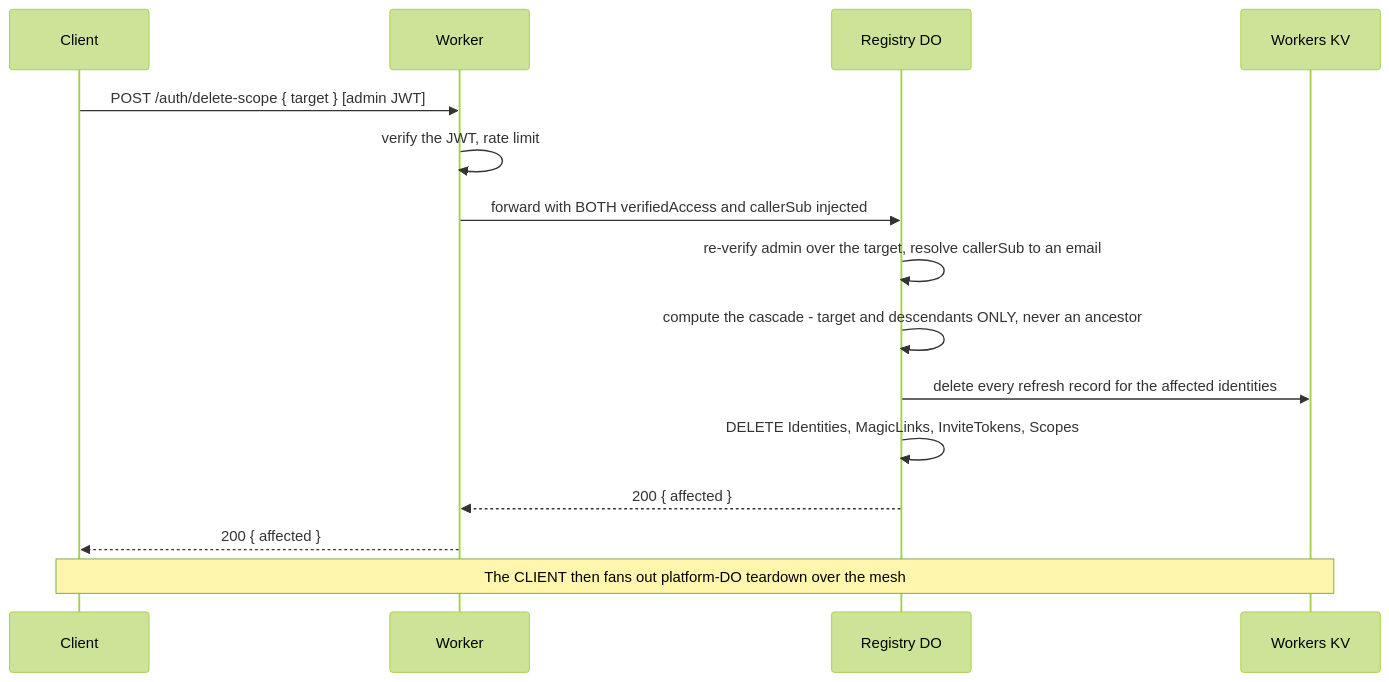
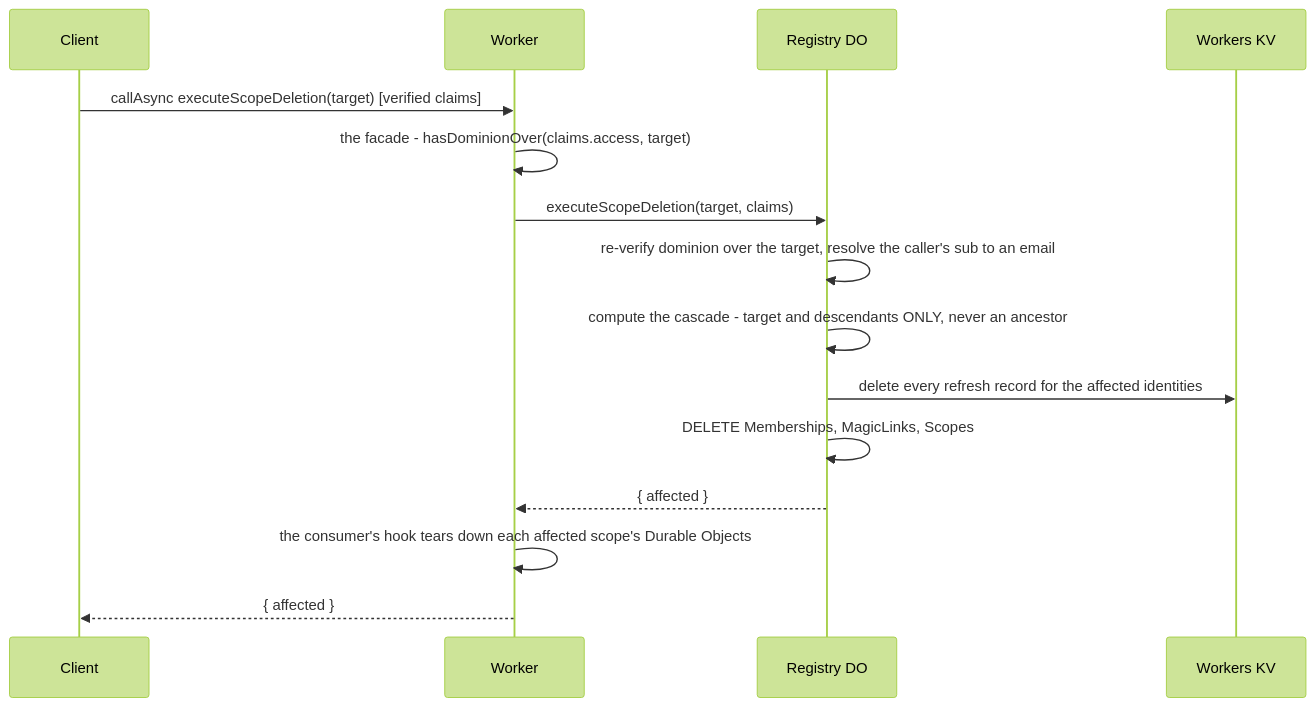
The seventh of 8 diagrams in packages/nebula-auth/README.md (lumenize/lumenize), drawn with Mermaid (forest theme) before and after one commit. The commit also changed other lines of this file and 324 other files, not shown here.

First line of the commit message:
feat(nebula): every scope on its own host, sessions on the platform host

````diff
--- a/packages/nebula-auth/README.md
+++ b/packages/nebula-auth/README.md
@@ -351,19 +354,18 @@
 ```mermaid
 sequenceDiagram
     participant C as Client
     participant W as Worker
     participant R as Registry DO
     participant KV as Workers KV
 
-    C->>W: POST /auth/delete-scope { target } [admin JWT]
-    W->>W: verify the JWT, rate limit
-    W->>R: forward with BOTH verifiedAccess and callerSub injected
-    R->>R: re-verify admin over the target, resolve callerSub to an email
+    C->>W: callAsync executeScopeDeletion(target) [verified claims]
+    W->>W: the facade - hasDominionOver(claims.access, target)
+    W->>R: executeScopeDeletion(target, claims)
+    R->>R: re-verify dominion over the target, resolve the caller's sub to an email
     R->>R: compute the cascade - target and descendants ONLY, never an ancestor
     R->>KV: delete every refresh record for the affected identities
-    R->>R: DELETE Identities, MagicLinks, InviteTokens, Scopes
-    R-->>W: 200 { affected }
-    W-->>C: 200 { affected }
-
-    Note over C,KV: The CLIENT then fans out platform-DO teardown over the mesh
+    R->>R: DELETE Memberships, MagicLinks, Scopes
+    R-->>W: { affected }
+    W->>W: the consumer's hook tears down each affected scope's Durable Objects
+    W-->>C: { affected }
 ```
````
